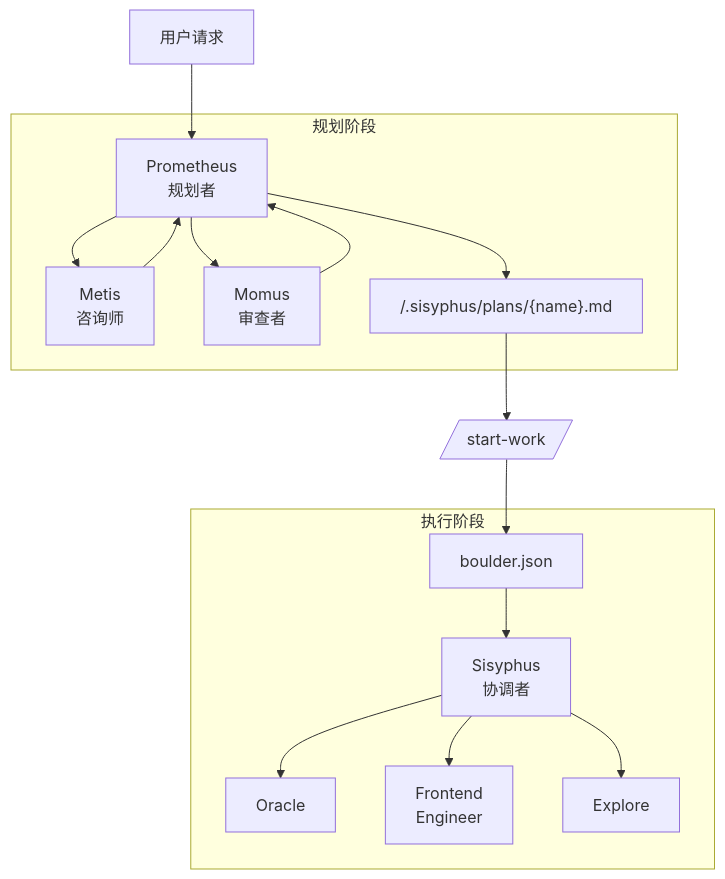
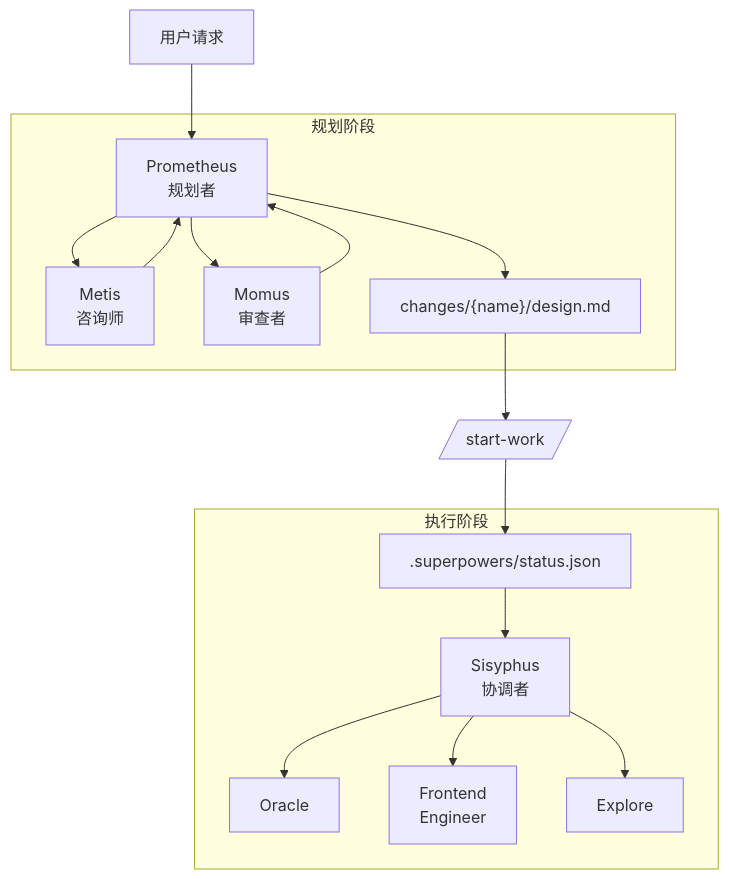
One commit to code-yeongyu/oh-my-openagent changed the diagram in docs/SUBAGENTS-COMPARISON.md. Above: the diagram before and after it, drawn with Mermaid. The commit also changed other lines of this file, not shown here.

````diff
--- a/docs/SUBAGENTS-COMPARISON.md
+++ b/docs/SUBAGENTS-COMPARISON.md
@@ -134,22 +1150,22 @@
 ```mermaid
 flowchart TD
     User[用户请求] --> Prometheus
   
     subgraph Planning Phase [规划阶段]
         Prometheus[Prometheus<br>规划者] --> Metis[Metis<br>咨询师]
         Metis --> Prometheus
         Prometheus --> Momus[Momus<br>审查者]
         Momus --> Prometheus
-        Prometheus --> PlanFile["/.sisyphus/plans/{name}.md"]
+        Prometheus --> PlanFile["changes/{name}/design.md"]
     end
   
     PlanFile --> StartWork[/start-work/]
-    StartWork --> BoulderState[boulder.json]
+    StartWork --> StatusFile[.superpowers/status.json]
   
     subgraph Execution Phase [执行阶段]
-        BoulderState --> Sisyphus[Sisyphus<br>协调者]
+        StatusFile --> Sisyphus[Sisyphus<br>协调者]
         Sisyphus --> Oracle[Oracle]
         Sisyphus --> Frontend[Frontend<br>Engineer]
         Sisyphus --> Explore[Explore]
     end
 ```
````
